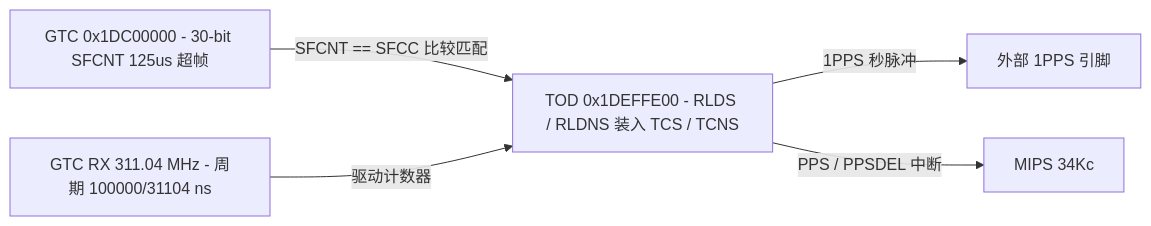
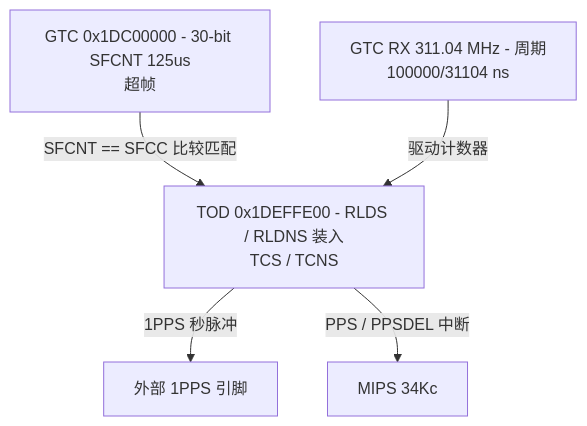
One commit to difanz/lantiq-falcon-s-docs changed the diagram in 06_functional_blocks/06_tod_sync.md. Above: the diagram before and after it, drawn with Mermaid. The commit also changed 33 other files, not shown here.

Commit message:
Improve diagram readability and adopt the Material theme

````diff
--- a/06_functional_blocks/06_tod_sync.md
+++ b/06_functional_blocks/06_tod_sync.md
@@ -14,7 +14,7 @@
 ```mermaid
-flowchart LR
-    GTC["GTC 0x1DC00000 - 30-bit SFCNT 125us 超帧"] -->|SFCNT == SFCC 比较匹配| TOD["TOD 0x1DEFFE00 - RLDS / RLDNS 装入 TCS / TCNS"]
-    CLK["GTC RX 311.04 MHz - 周期 100000/31104 ns"] -->|驱动计数器| TOD
+flowchart TD
+    GTC["GTC 0x1DC00000 - 30-bit SFCNT 125us<br/>超帧"] -->|SFCNT == SFCC 比较匹配| TOD["TOD 0x1DEFFE00 - RLDS / RLDNS 装入<br/>TCS / TCNS"]
+    CLK["GTC RX 311.04 MHz - 周期<br/>100000/31104 ns"] -->|驱动计数器| TOD
     TOD -->|1PPS 秒脉冲| PPS["外部 1PPS 引脚"]
     TOD -->|PPS / PPSDEL 中断| CPU["MIPS 34Kc"]
 ```
````
